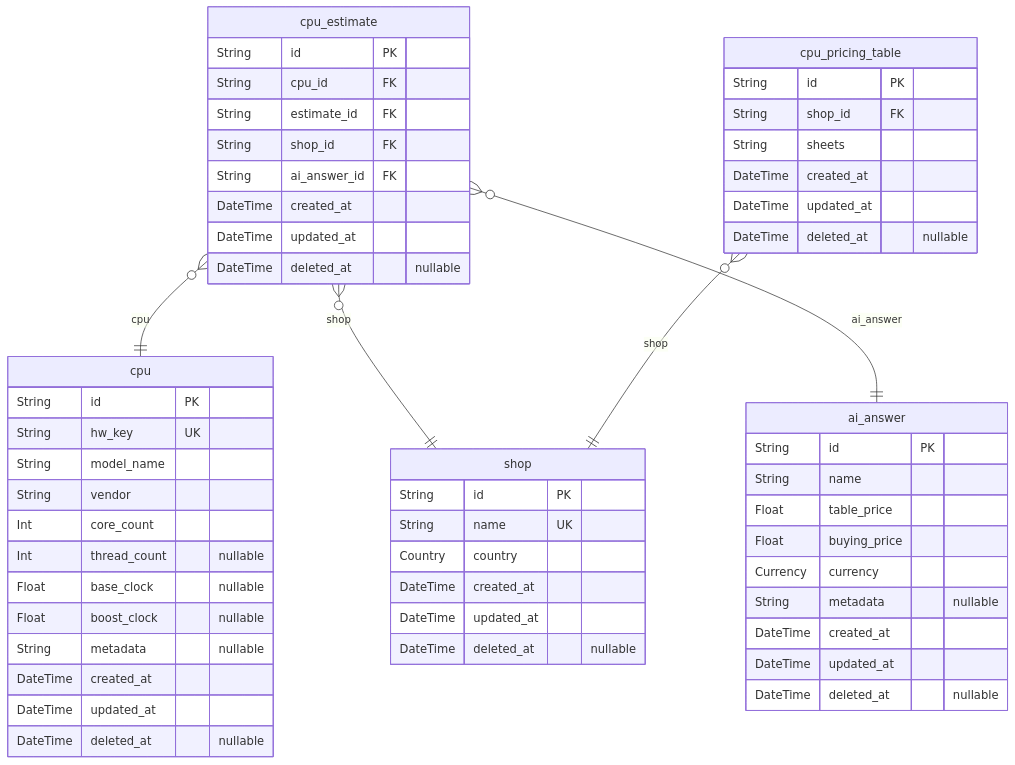
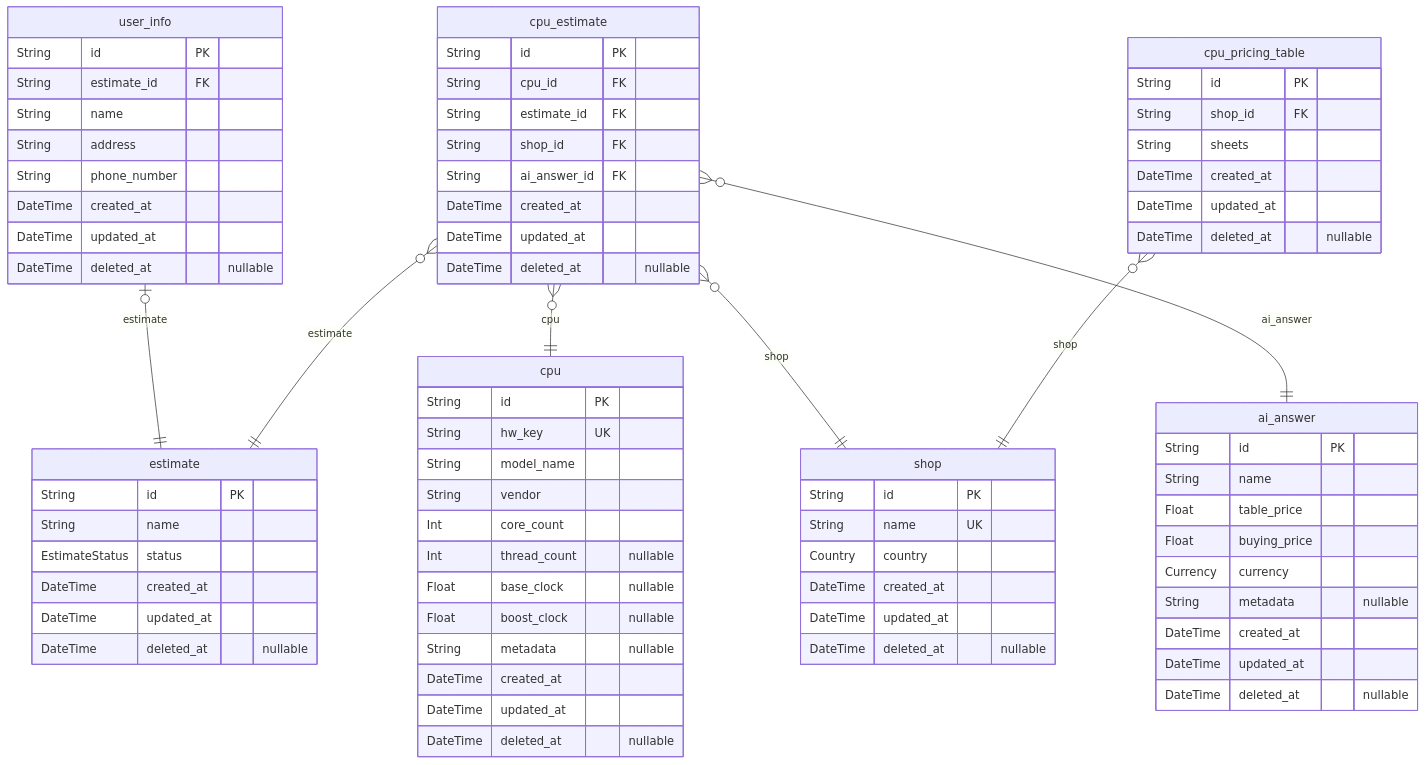
Before and after one commit to KGESH/hardware_spec_backend: the second of 6 diagrams in prisma/ERD.md, drawn with Mermaid. The commit also changed other lines of this file and 12 other files, not shown here.

Commit message:
[Refactor] Estimate status

````diff
--- a/prisma/ERD.md
+++ b/prisma/ERD.md
@@ -437,58 +454,78 @@
 ```mermaid
 erDiagram
+"estimate" {
+    String id PK
+    String name
+    EstimateStatus status
+    DateTime created_at
+    DateTime updated_at
+    DateTime deleted_at "nullable"
+}
+"user_info" {
+    String id PK
+    String estimate_id FK
+    String name
+    String address
+    String phone_number
+    DateTime created_at
+    DateTime updated_at
+    DateTime deleted_at "nullable"
+}
 "shop" {
     String id PK
     String name UK
     Country country
     DateTime created_at
     DateTime updated_at
     DateTime deleted_at "nullable"
 }
 "ai_answer" {
     String id PK
     String name
     Float table_price
     Float buying_price
     Currency currency
     String metadata "nullable"
     DateTime created_at
     DateTime updated_at
     DateTime deleted_at "nullable"
 }
-"cpu_estimate" {
-    String id PK
-    String cpu_id FK
-    String estimate_id FK
-    String shop_id FK
-    String ai_answer_id FK
-    DateTime created_at
-    DateTime updated_at
-    DateTime deleted_at "nullable"
-}
 "cpu" {
     String id PK
     String hw_key UK
     String model_name
     String vendor
     Int core_count
     Int thread_count "nullable"
     Float base_clock "nullable"
     Float boost_clock "nullable"
     String metadata "nullable"
     DateTime created_at
     DateTime updated_at
     DateTime deleted_at "nullable"
 }
+"cpu_estimate" {
+    String id PK
+    String cpu_id FK
+    String estimate_id FK
+    String shop_id FK
+    String ai_answer_id FK
+    DateTime created_at
+    DateTime updated_at
+    DateTime deleted_at "nullable"
+}
 "cpu_pricing_table" {
     String id PK
     String shop_id FK
     String sheets
     DateTime created_at
     DateTime updated_at
     DateTime deleted_at "nullable"
 }
+"user_info" |o--|| "estimate" : estimate
 "cpu_estimate" }o--|| "cpu" : cpu
+"cpu_estimate" }o--|| "estimate" : estimate
 "cpu_estimate" }o--|| "shop" : shop
 "cpu_estimate" }o--|| "ai_answer" : ai_answer
 "cpu_pricing_table" }o--|| "shop" : shop
 ```
````
